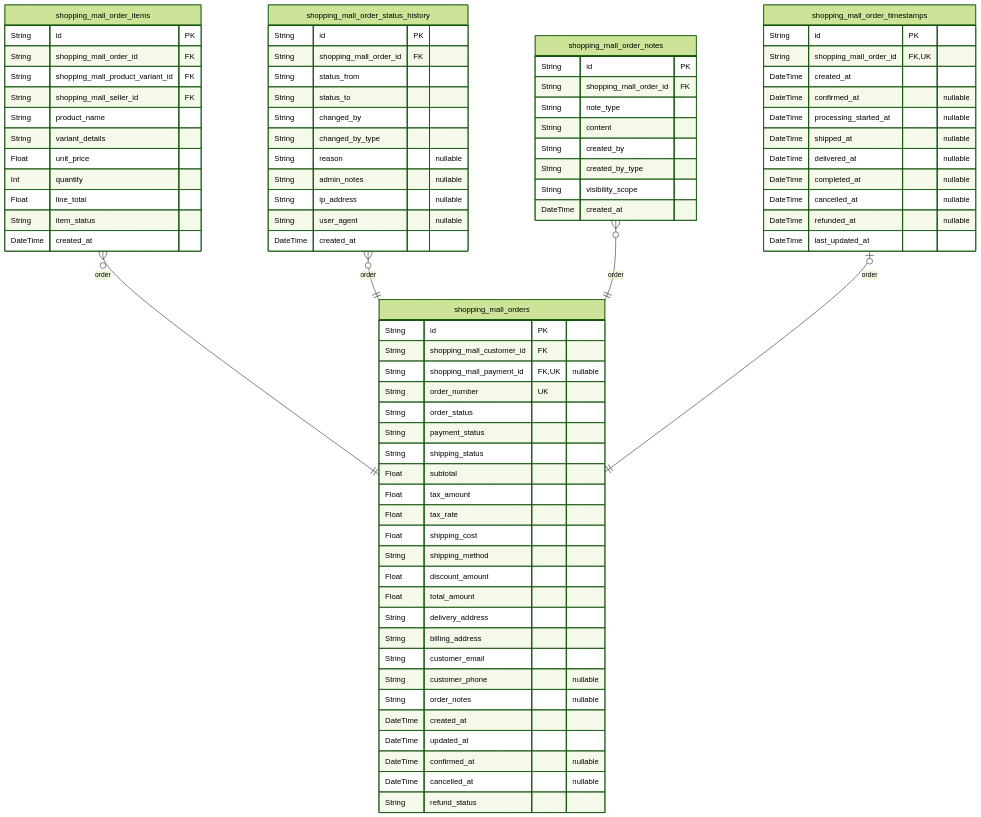
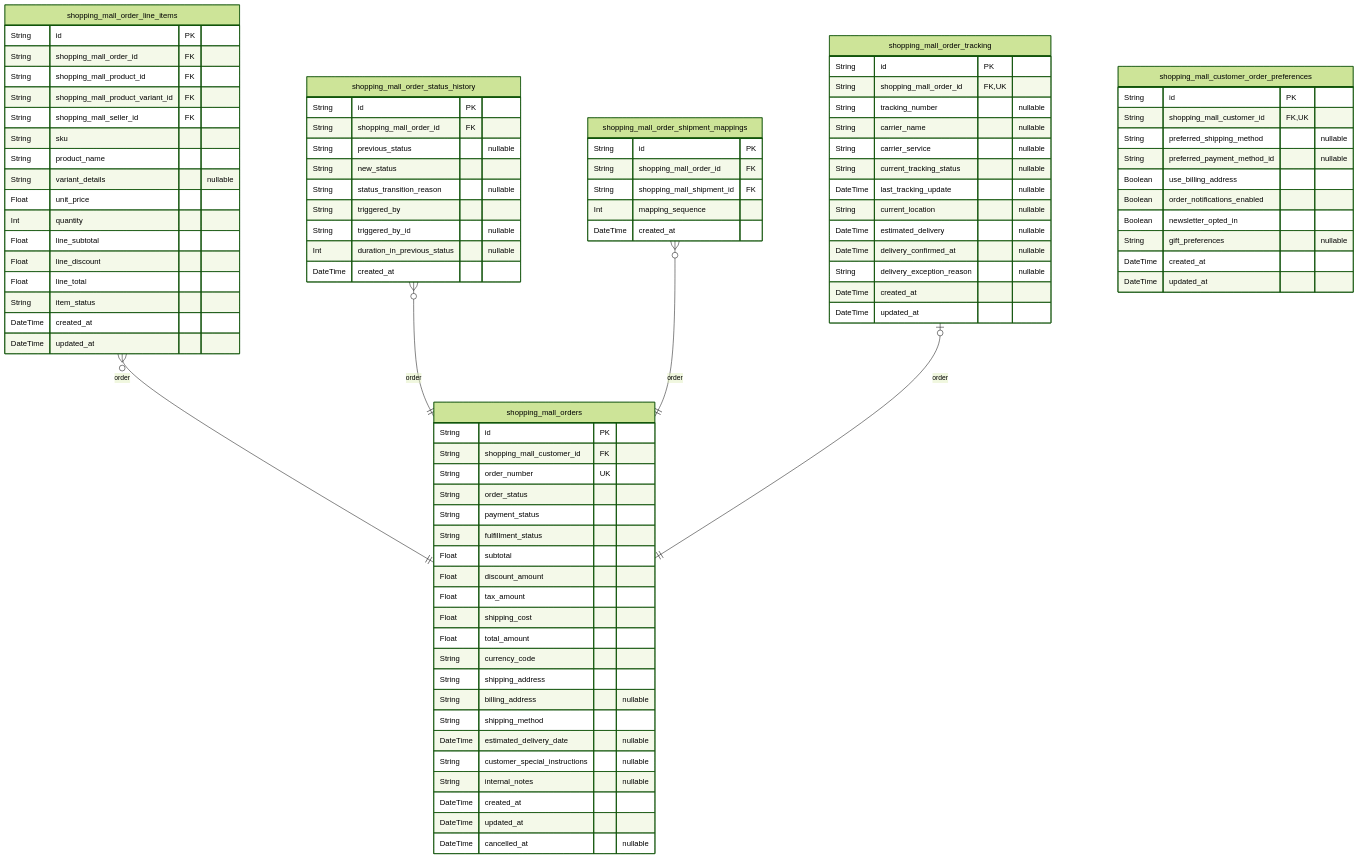
Before and after one commit to wrtnlabs/autobe-examples: the sixth of 12 diagrams in anthropic/claude-haiku-4.5/shopping/docs/ERD.md, drawn with Mermaid (forest theme). The commit also changed other lines of this file and 16146 other files, not shown here.

````diff
--- a/anthropic/claude-haiku-4.5/shopping/docs/ERD.md
+++ b/anthropic/claude-haiku-4.5/shopping/docs/ERD.md
@@ -2334,80 +2101,91 @@
 "shopping_mall_orders" {
   String id PK
   String shopping_mall_customer_id FK
-  String shopping_mall_payment_id FK,UK "nullable"
   String order_number UK
   String order_status
   String payment_status
-  String shipping_status
+  String fulfillment_status
   Float subtotal
+  Float discount_amount
   Float tax_amount
-  Float tax_rate
   Float shipping_cost
+  Float total_amount
+  String currency_code
+  String shipping_address
+  String billing_address "nullable"
   String shipping_method
-  Float discount_amount
-  Float total_amount
-  String delivery_address
-  String billing_address
-  String customer_email
-  String customer_phone "nullable"
-  String order_notes "nullable"
+  DateTime estimated_delivery_date "nullable"
+  String customer_special_instructions "nullable"
+  String internal_notes "nullable"
   DateTime created_at
   DateTime updated_at
-  DateTime confirmed_at "nullable"
   DateTime cancelled_at "nullable"
-  String refund_status
 }
-"shopping_mall_order_items" {
+"shopping_mall_order_line_items" {
   String id PK
   String shopping_mall_order_id FK
+  String shopping_mall_product_id FK
   String shopping_mall_product_variant_id FK
   String shopping_mall_seller_id FK
+  String sku
   String product_name
-  String variant_details
+  String variant_details "nullable"
   Float unit_price
   Int quantity
+  Float line_subtotal
+  Float line_discount
   Float line_total
   String item_status
   DateTime created_at
+  DateTime updated_at
 }
 "shopping_mall_order_status_history" {
   String id PK
   String shopping_mall_order_id FK
-  String status_from
-  String status_to
-  String changed_by
-  String changed_by_type
-  String reason "nullable"
-  String admin_notes "nullable"
-  String ip_address "nullable"
-  String user_agent "nullable"
+  String previous_status "nullable"
+  String new_status
+  String status_transition_reason "nullable"
+  String triggered_by
+  String triggered_by_id "nullable"
+  Int duration_in_previous_status "nullable"
   DateTime created_at
 }
-"shopping_mall_order_notes" {
+"shopping_mall_order_shipment_mappings" {
   String id PK
   String shopping_mall_order_id FK
-  String note_type
-  String content
-  String created_by
-  String created_by_type
-  String visibility_scope
+  String shopping_mall_shipment_id FK
+  Int mapping_sequence
   DateTime created_at
 }
-"shopping_mall_order_timestamps" {
+"shopping_mall_order_tracking" {
   String id PK
   String shopping_mall_order_id FK,UK
+  String tracking_number "nullable"
+  String carrier_name "nullable"
+  String carrier_service "nullable"
+  String current_tracking_status "nullable"
+  DateTime last_tracking_update "nullable"
+  String current_location "nullable"
+  DateTime estimated_delivery "nullable"
+  DateTime delivery_confirmed_at "nullable"
+  String delivery_exception_reason "nullable"
   DateTime created_at
-  DateTime confirmed_at "nullable"
-  DateTime processing_started_at "nullable"
-  DateTime shipped_at "nullable"
-  DateTime delivered_at "nullable"
-  DateTime completed_at "nullable"
-  DateTime cancelled_at "nullable"
-  DateTime refunded_at "nullable"
-  DateTime last_updated_at
+  DateTime updated_at
 }
-"shopping_mall_order_items" }o--|| "shopping_mall_orders" : order
+"shopping_mall_customer_order_preferences" {
+  String id PK
+  String shopping_mall_customer_id FK,UK
+  String preferred_shipping_method "nullable"
+  String preferred_payment_method_id "nullable"
+  Boolean use_billing_address
+  Boolean order_notifications_enabled
+  Boolean newsletter_opted_in
+  String gift_preferences "nullable"
+  DateTime created_at
+  DateTime updated_at
+}
+"shopping_mall_order_line_items" }o--|| "shopping_mall_orders" : order
 "shopping_mall_order_status_history" }o--|| "shopping_mall_orders" : order
-"shopping_mall_order_notes" }o--|| "shopping_mall_orders" : order
-"shopping_mall_order_timestamps" |o--|| "shopping_mall_orders" : order
+"shopping_mall_order_shipment_mappings" }o--|| "shopping_mall_orders" : order
+"shopping_mall_order_tracking" |o--|| "shopping_mall_orders" : order
 ```
````
